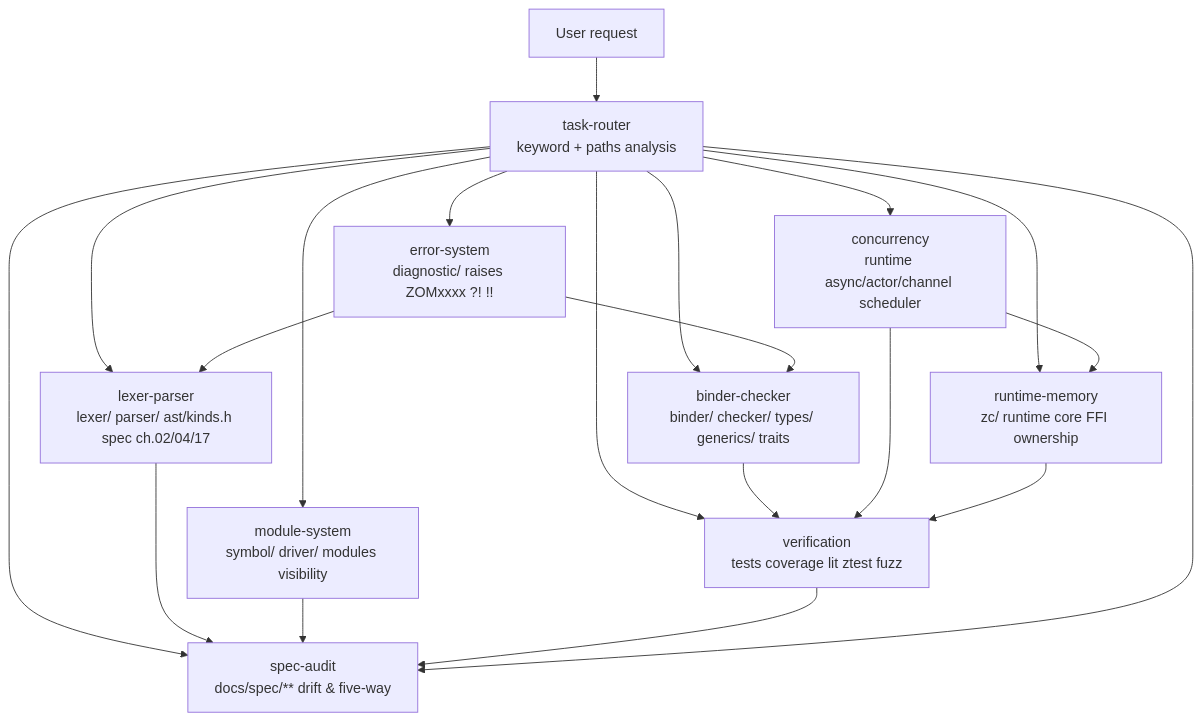
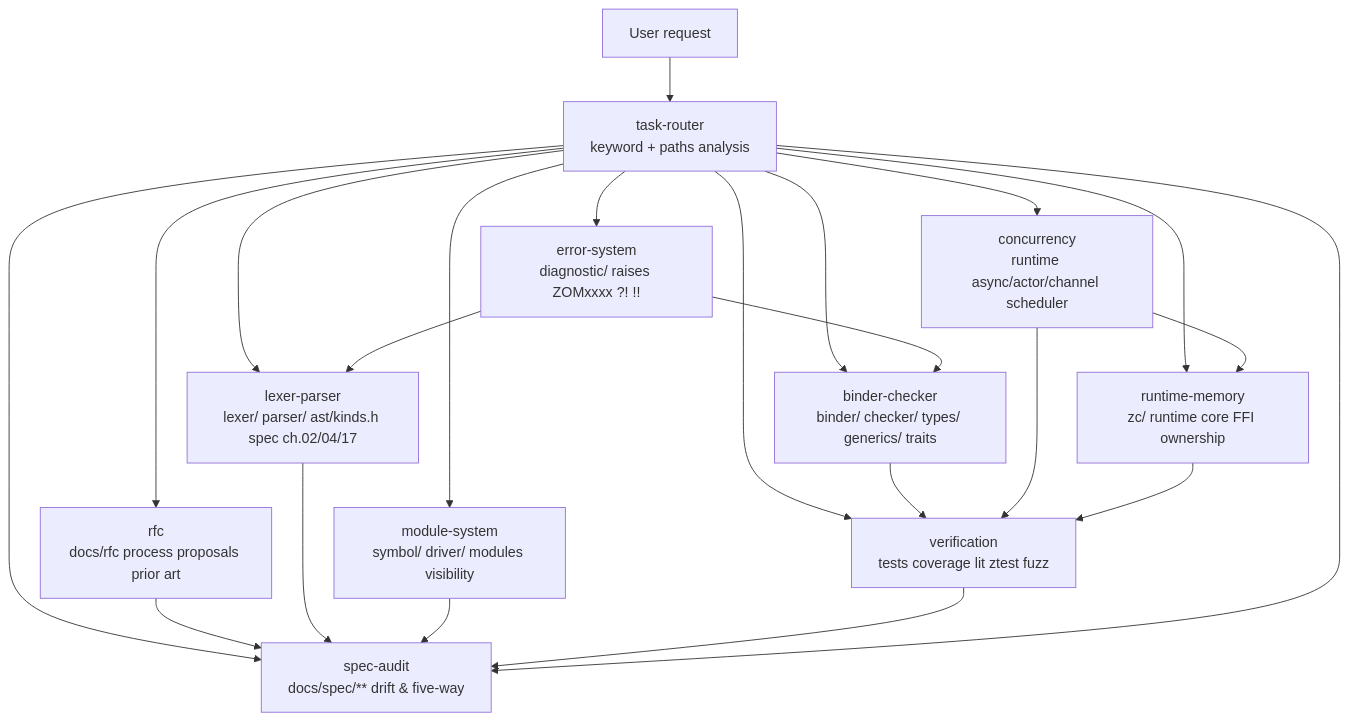
The diagram in .agents/subagents/README.md (Zzzode/ZOM), drawn with Mermaid before and after one commit. The commit also changed other lines of this file and 7 other files, not shown here.

````diff
--- a/.agents/subagents/README.md
+++ b/.agents/subagents/README.md
@@ -11,25 +11,27 @@
 ```mermaid
 flowchart TD
     U[User request] --> TR[task-router<br/>keyword + paths analysis]
 
+    TR --> RF[rfc<br/>docs/rfc process proposals prior art]
     TR --> LP[lexer-parser<br/>lexer/ parser/ ast/kinds.h spec ch.02/04/17]
     TR --> BC[binder-checker<br/>binder/ checker/ types/ generics/ traits]
     TR --> MS[module-system<br/>symbol/ driver/ modules visibility]
     TR --> ES[error-system<br/>diagnostic/ raises ZOMxxxx ?! !!]
     TR --> CN[concurrency<br/>runtime async/actor/channel scheduler]
     TR --> SA[spec-audit<br/>docs/spec/** drift & five-way]
     TR --> RM[runtime-memory<br/>zc/ runtime core FFI ownership]
     TR --> VR[verification<br/>tests coverage lit ztest fuzz]
 
     %% Escalation edges
+    RF --> SA
     LP --> SA
     BC --> VR
     MS --> SA
     ES --> LP
     ES --> BC
     CN --> RM
     CN --> VR
     RM --> VR
     VR --> SA
     TR --> SA
 ```
````
